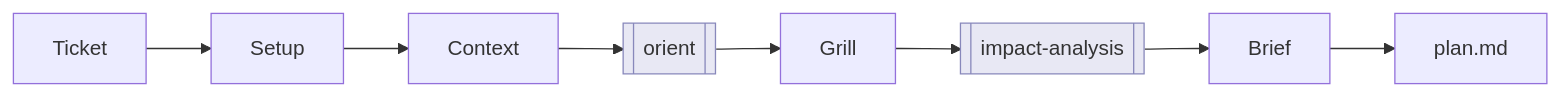
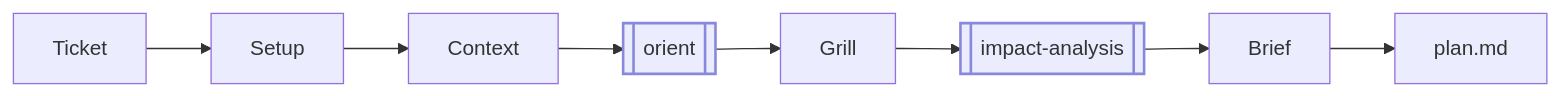
One commit to sunitghub/canon-skills changed the first of 2 diagrams in README.md. Above: the diagram before and after it, drawn with Mermaid. The commit also changed other lines of this file, not shown here.

Commit message:
docs: fix sub-skill node styling for dark mode
Remove explicit light fill that clashed with GitHub dark theme.
Colored stroke only -- fill now follows the Mermaid theme in
both light and dark mode.

````diff
--- a/README.md
+++ b/README.md
@@ -74,6 +74,6 @@
 ```mermaid
 flowchart LR
     S1[Ticket] --> S2[Setup] --> S3[Context] --> S4[[orient]] --> S5[Grill] --> S6[[impact-analysis]] --> S7[Brief] --> S9[plan.md]
-    classDef subskill fill:#e8e8f4,stroke:#8888bb
+    classDef subskill stroke:#8888dd,stroke-width:2px
     class S4,S6 subskill
 ```
````
